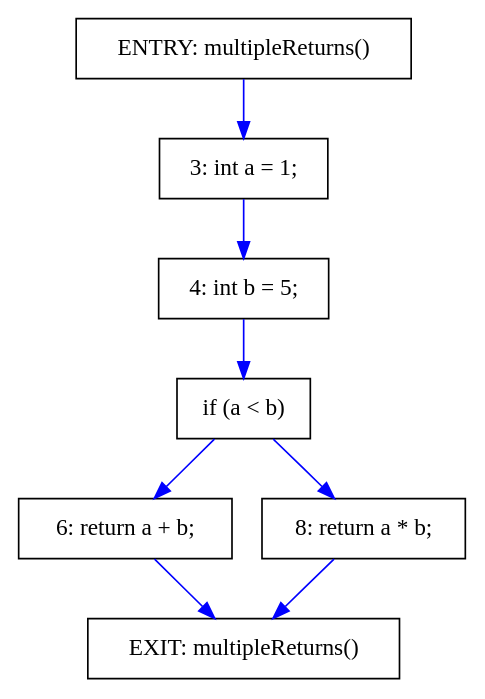
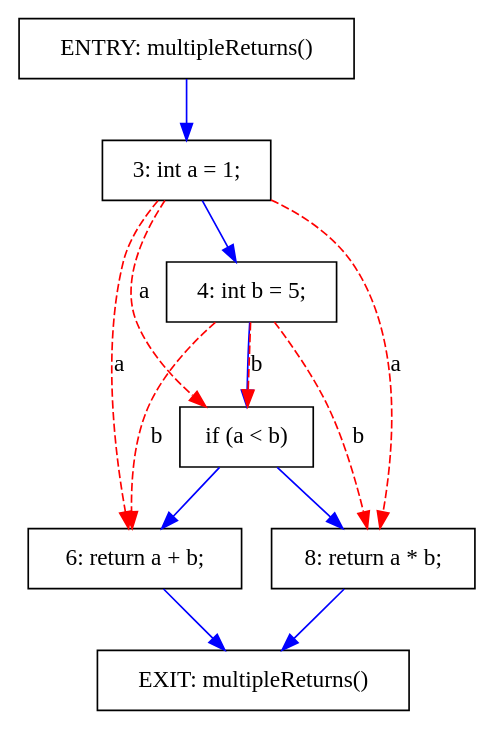
The diagram in results/MultipleReturns.dot (khaser/java-pdg), drawn with Graphviz before and after one commit. The commit also changed 19 other files, not shown here.

```diff
--- a/results/MultipleReturns.dot
+++ b/results/MultipleReturns.dot
@@ -1,20 +1,26 @@
 digraph PDG {
   rankdir=TB;
   node [shape=box];
 
   node0 [label="ENTRY: multipleReturns()"];
   node1 [label="EXIT: multipleReturns()"];
   node2 [label="3: int a = 1;"];
   node3 [label="4: int b = 5;"];
   node4 [label="if (a < b)"];
   node5 [label="6: return a + b;"];
   node6 [label="8: return a * b;"];
 
   node4 -> node5 [label="", color=blue];
   node4 -> node6 [label="", color=blue];
   node0 -> node2 [label="", color=blue];
   node2 -> node3 [label="", color=blue];
   node3 -> node4 [label="", color=blue];
   node5 -> node1 [label="", color=blue];
   node6 -> node1 [label="", color=blue];
+  node2 -> node4 [label="a", color=red, style=dashed];
+  node2 -> node5 [label="a", color=red, style=dashed];
+  node2 -> node6 [label="a", color=red, style=dashed];
+  node3 -> node4 [label="b", color=red, style=dashed];
+  node3 -> node5 [label="b", color=red, style=dashed];
+  node3 -> node6 [label="b", color=red, style=dashed];
 }
```
